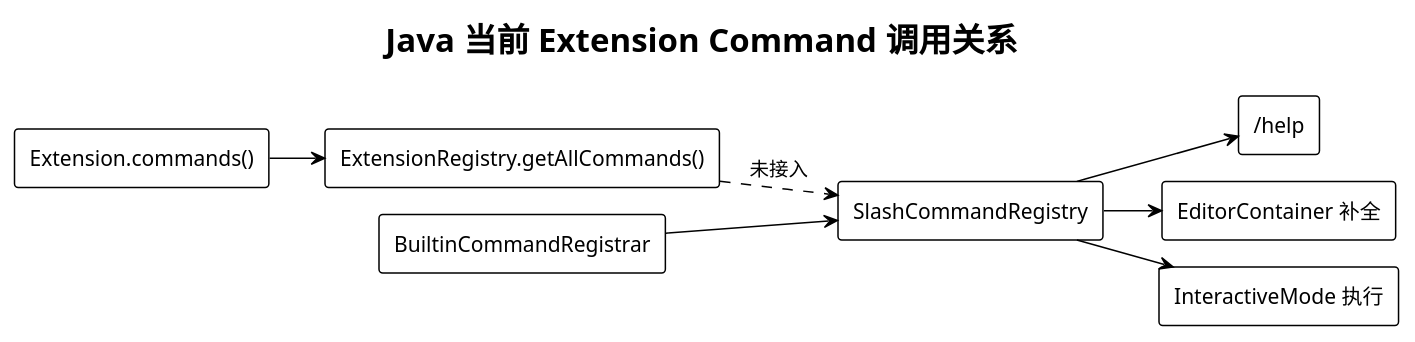
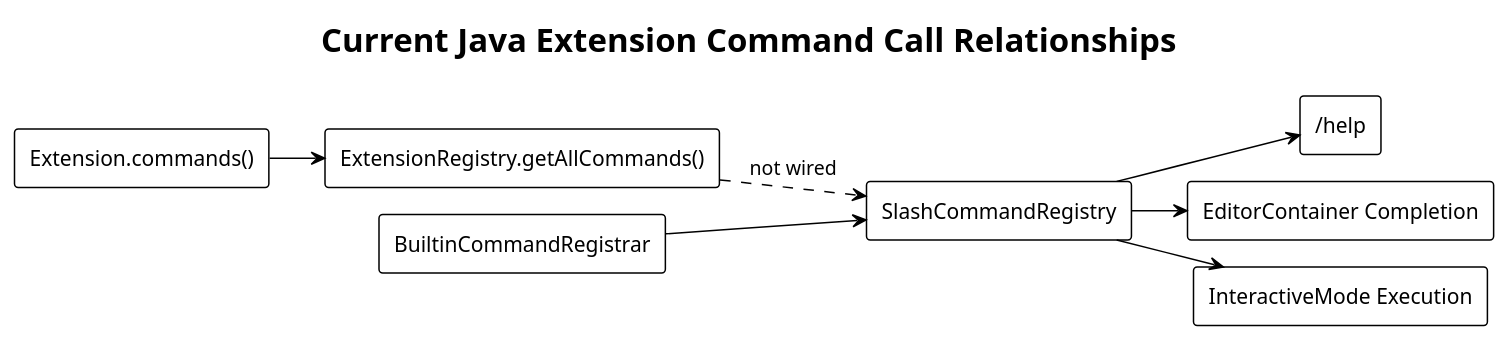
Before and after one commit to superheromeZzh/pi-mono-java-design: the second of 20 diagrams in diagrams/extension-command/diagram.puml, drawn with PlantUML. The commit also changed other lines of this file and 48 other files, not shown here.

Commit message:
docs: require English PlantUML diagrams

```diff
--- a/diagrams/extension-command/diagram.puml
+++ b/diagrams/extension-command/diagram.puml
@@ -57,26 +57,26 @@
 @startuml 02-current-call-relationship
 ' Java current-state diagram; pi source is not applicable.
 ' Design reason: expose the disconnected extension aggregation path and the existing slash-command consumers.
 !theme plain
 !pragma layout smetana
-skinparam defaultFontName "PingFang SC"
+skinparam defaultFontName "SansSerif"
 skinparam shadowing false
 skinparam backgroundColor transparent
-title Java 当前 Extension Command 调用关系
+title Current Java Extension Command Call Relationships
 
 left to right direction
 rectangle "Extension.commands()" as extension
 rectangle "ExtensionRegistry.getAllCommands()" as extensionRegistry
 rectangle SlashCommandRegistry as slashRegistry
 rectangle BuiltinCommandRegistrar as builtin
 rectangle "/help" as help
-rectangle "EditorContainer 补全" as autocomplete
-rectangle "InteractiveMode 执行" as interactive
+rectangle "EditorContainer Completion" as autocomplete
+rectangle "InteractiveMode Execution" as interactive
 
 extension --> extensionRegistry
-extensionRegistry ..> slashRegistry : 未接入
+extensionRegistry ..> slashRegistry : not wired
 builtin --> slashRegistry
 slashRegistry --> help
 slashRegistry --> autocomplete
 slashRegistry --> interactive
 @enduml
```
